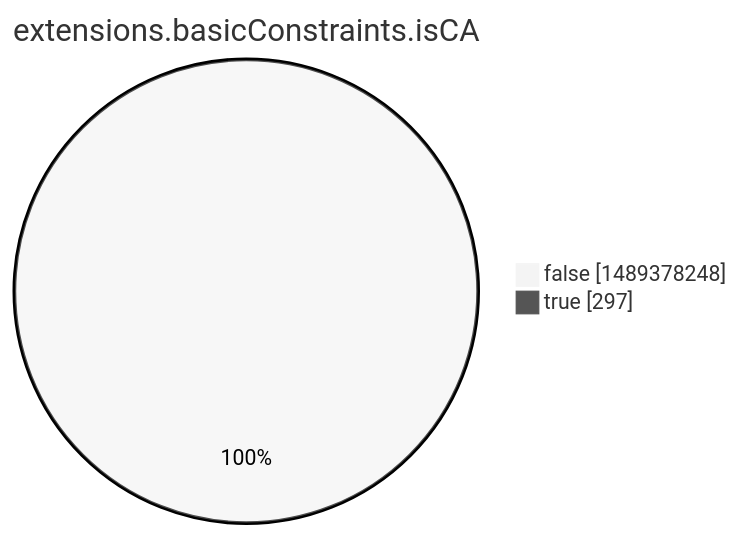
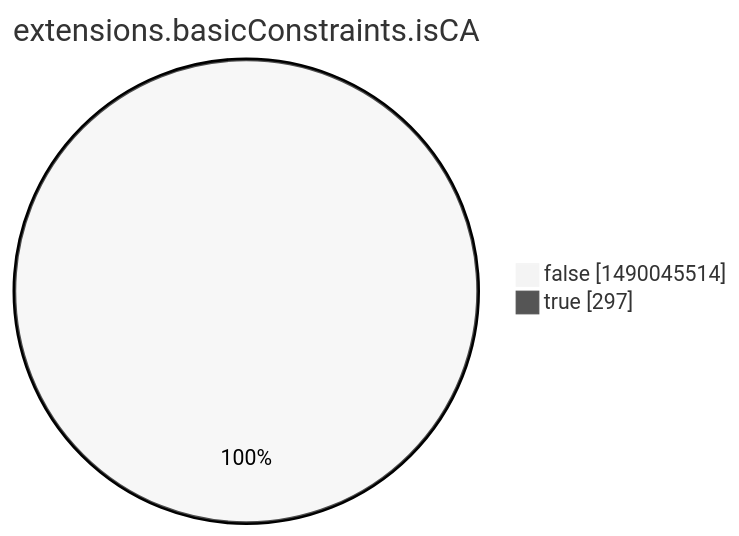
The eighth of 15 diagrams in argon2022/README.md (christiankrug/ctmonitor_visualization), drawn with Mermaid (neutral theme) before and after one commit. The commit also changed other lines of this file, not shown here.

````diff
--- a/argon2022/README.md
+++ b/argon2022/README.md
@@ -2760,6 +2760,6 @@
 ```mermaid
 pie showData
 title extensions.basicConstraints.isCA
-"false" :1489378248
+"false" :1490045514
 "true" :297
 ```
````
